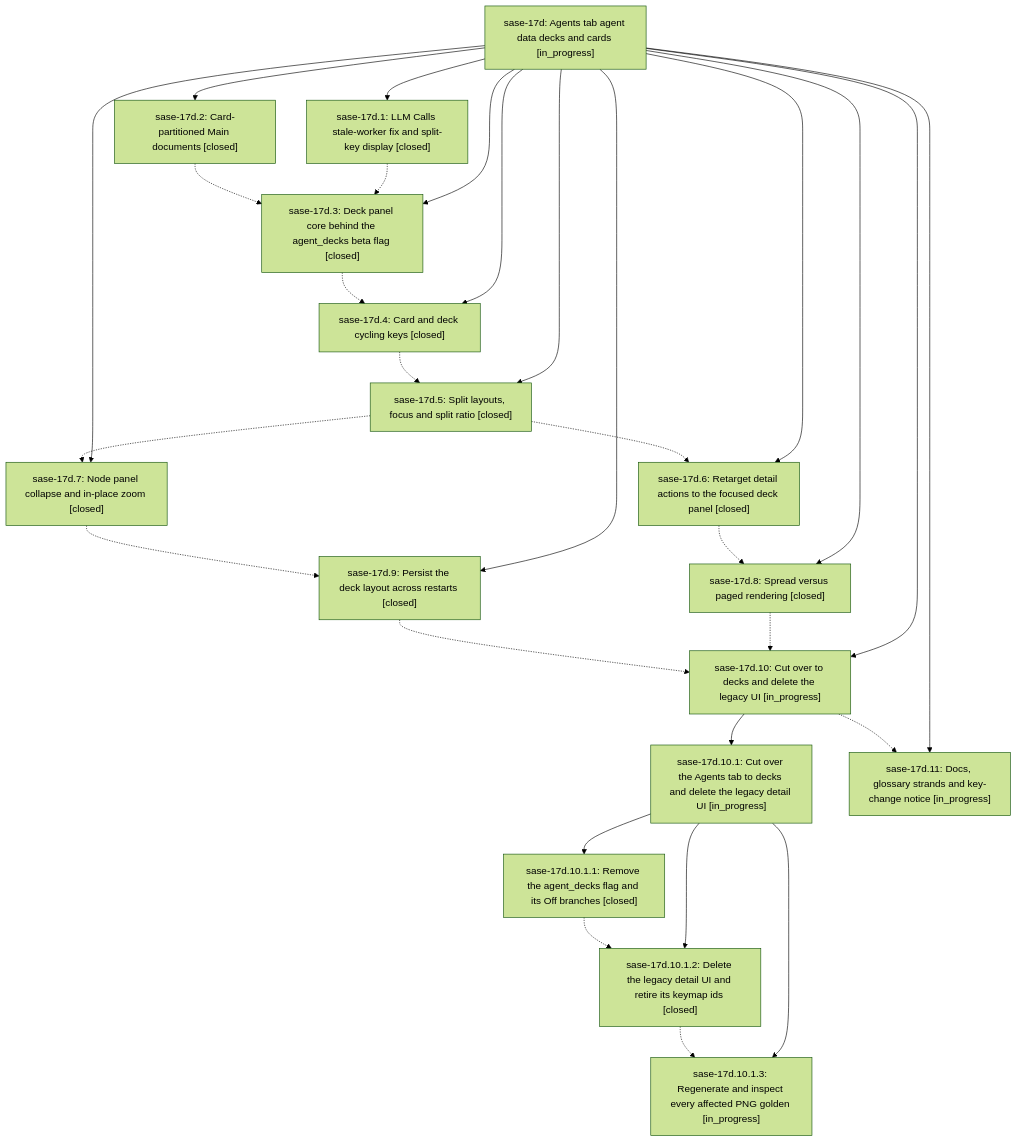
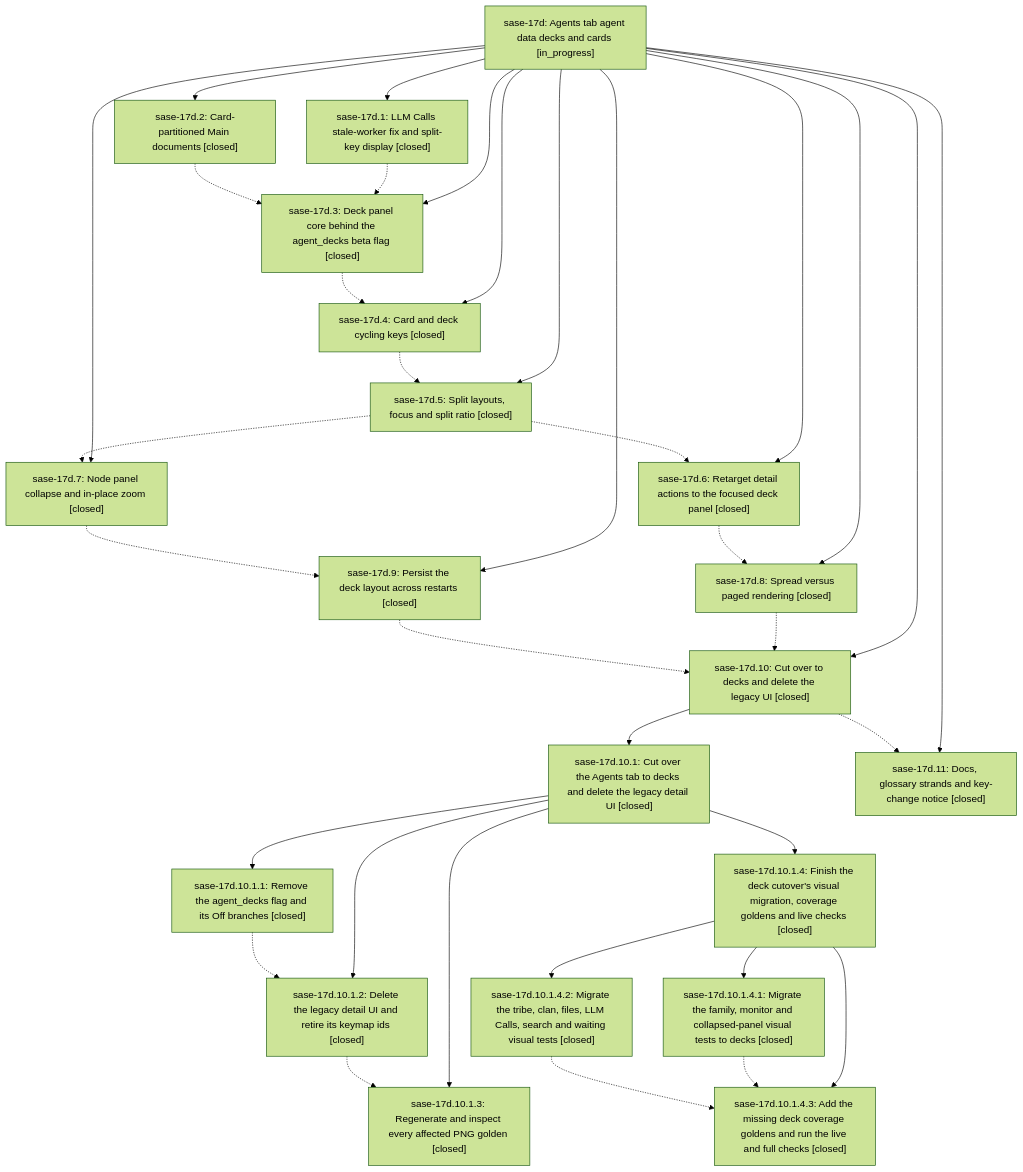
Before and after one commit to sase-org/sase--beads: the diagram in pages/sase-17d/README.md, drawn with Mermaid (forest theme). The commit also changed other lines of this file and 13 other files, not shown here.

````diff
--- a/pages/sase-17d/README.md
+++ b/pages/sase-17d/README.md
@@ -50,47 +52,57 @@
 ```mermaid
 flowchart TD
     n0["sase-17d: Agents tab agent data decks and cards [in_progress]"]
     n1["sase-17d.1: LLM Calls stale-worker fix and split-key display [closed]"]
-    n2["sase-17d.10: Cut over to decks and delete the legacy UI [in_progress]"]
-    n3["sase-17d.10.1: Cut over the Agents tab to decks and delete the legacy detail UI [in_progress]"]
+    n2["sase-17d.10: Cut over to decks and delete the legacy UI [closed]"]
+    n3["sase-17d.10.1: Cut over the Agents tab to decks and delete the legacy detail UI [closed]"]
     n4["sase-17d.10.1.1: Remove the agent_decks flag and its Off branches [closed]"]
     n5["sase-17d.10.1.2: Delete the legacy detail UI and retire its keymap ids [closed]"]
-    n6["sase-17d.10.1.3: Regenerate and inspect every affected PNG golden [in_progress]"]
-    n7["sase-17d.11: Docs, glossary strands and key-change notice [in_progress]"]
-    n8["sase-17d.2: Card-partitioned Main documents [closed]"]
-    n9["sase-17d.3: Deck panel core behind the agent_decks beta flag [closed]"]
-    n10["sase-17d.4: Card and deck cycling keys [closed]"]
-    n11["sase-17d.5: Split layouts, focus and split ratio [closed]"]
-    n12["sase-17d.6: Retarget detail actions to the focused deck panel [closed]"]
-    n13["sase-17d.7: Node panel collapse and in-place zoom [closed]"]
-    n14["sase-17d.8: Spread versus paged rendering [closed]"]
-    n15["sase-17d.9: Persist the deck layout across restarts [closed]"]
+    n6["sase-17d.10.1.3: Regenerate and inspect every affected PNG golden [closed]"]
+    n7["sase-17d.10.1.4: Finish the deck cutover's visual migration, coverage goldens and live checks [closed]"]
+    n8["sase-17d.10.1.4.1: Migrate the family, monitor and collapsed-panel visual tests to decks [closed]"]
+    n9["sase-17d.10.1.4.2: Migrate the tribe, clan, files, LLM Calls, search and waiting visual tests [closed]"]
+    n10["sase-17d.10.1.4.3: Add the missing deck coverage goldens and run the live and full checks [closed]"]
+    n11["sase-17d.11: Docs, glossary strands and key-change notice [closed]"]
+    n12["sase-17d.2: Card-partitioned Main documents [closed]"]
+    n13["sase-17d.3: Deck panel core behind the agent_decks beta flag [closed]"]
+    n14["sase-17d.4: Card and deck cycling keys [closed]"]
+    n15["sase-17d.5: Split layouts, focus and split ratio [closed]"]
+    n16["sase-17d.6: Retarget detail actions to the focused deck panel [closed]"]
+    n17["sase-17d.7: Node panel collapse and in-place zoom [closed]"]
+    n18["sase-17d.8: Spread versus paged rendering [closed]"]
+    n19["sase-17d.9: Persist the deck layout across restarts [closed]"]
     n0 --> n1
     n0 --> n2
     n2 --> n3
     n3 --> n4
     n3 --> n5
     n3 --> n6
-    n0 --> n7
-    n0 --> n8
-    n0 --> n9
-    n0 --> n10
+    n3 --> n7
+    n7 --> n8
+    n7 --> n9
+    n7 --> n10
     n0 --> n11
     n0 --> n12
     n0 --> n13
     n0 --> n14
     n0 --> n15
-    n1 -.-> n9
-    n2 -.-> n7
+    n0 --> n16
+    n0 --> n17
+    n0 --> n18
+    n0 --> n19
+    n1 -.-> n13
+    n2 -.-> n11
     n4 -.-> n5
     n5 -.-> n6
-    n8 -.-> n9
+    n8 -.-> n10
     n9 -.-> n10
-    n10 -.-> n11
-    n11 -.-> n12
-    n11 -.-> n13
-    n12 -.-> n14
-    n13 -.-> n15
-    n14 -.-> n2
-    n15 -.-> n2
+    n12 -.-> n13
+    n13 -.-> n14
+    n14 -.-> n15
+    n15 -.-> n16
+    n15 -.-> n17
+    n16 -.-> n18
+    n17 -.-> n19
+    n18 -.-> n2
+    n19 -.-> n2
 ```
````
